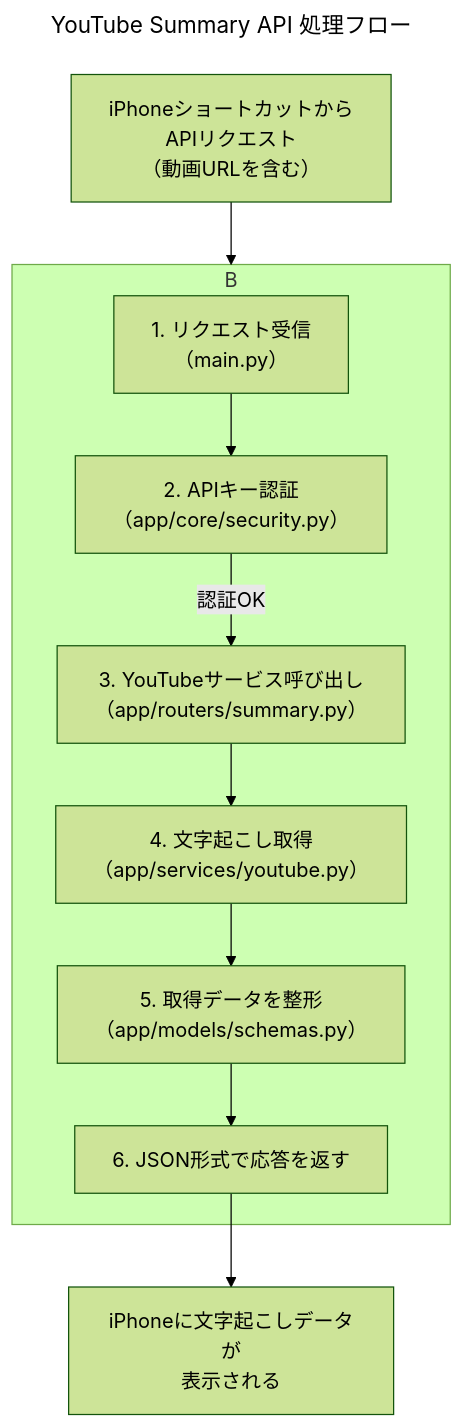
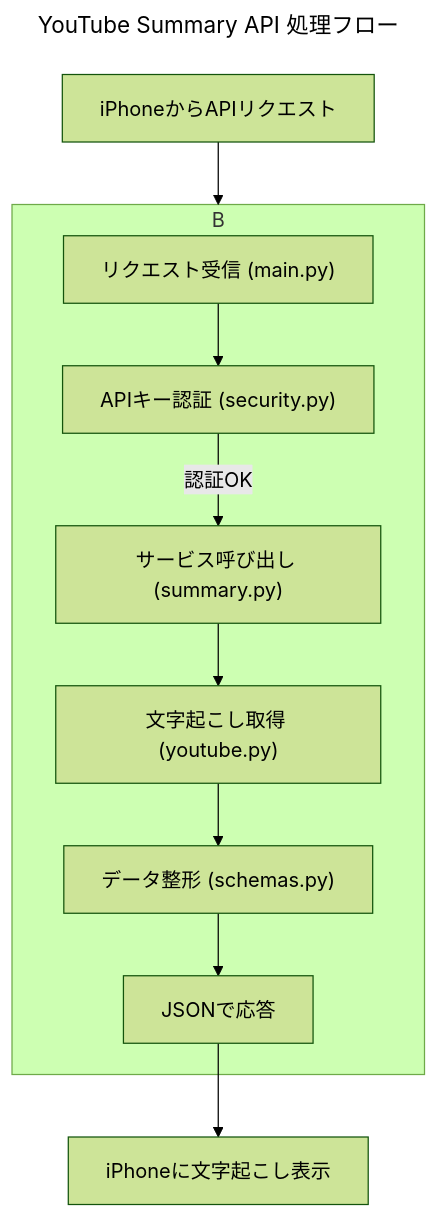
Before and after one commit to hirokun-hub/youtube_summary_api: the third of 3 diagrams in docs/【出力】開発_YouTube動画時短要約術.md, drawn with Mermaid (forest theme). The commit also changed other lines of this file, not shown here.

Commit message:
docs: YouTube動画の手動視聴フローを簡略化し、API利用時の処理フローを明確化

````diff
--- a/docs/【出力】開発_YouTube動画時短要約術.md
+++ b/docs/【出力】開発_YouTube動画時短要約術.md
@@ -84,17 +83,17 @@
 ```mermaid
 ---
 title: "YouTube Summary API 処理フロー"
 ---
 graph TD
-    A["iPhoneショートカットから<br>APIリクエスト<br>（動画URLを含む）"] --> B{"FastAPIサーバー"};
+    A["iPhoneからAPIリクエスト"] --> B{"FastAPIサーバー"};
     
     subgraph B
-        C["1. リクエスト受信</br>（main.py）"] --> D["2. APIキー認証</br>（app/core/security.py）"];
-        D -- 認証OK --> E["3. YouTubeサービス呼び出し</br>（app/routers/summary.py）"];
-        E --> F["4. 文字起こし取得</br>（app/services/youtube.py）"];
-        F --> G["5. 取得データを整形</br>（app/models/schemas.py）"];
-        G --> H["6. JSON形式で応答を返す"];
+        C["リクエスト受信 (main.py)"] --> D["APIキー認証 (security.py)"];
+        D -- 認証OK --> E["サービス呼び出し (summary.py)"];
+        E --> F["文字起こし取得 (youtube.py)"];
+        F --> G["データ整形 (schemas.py)"];
+        G --> H["JSONで応答"];
     end
 
-    H --> I["iPhoneに文字起こしデータが<br>表示される"];
+    H --> I["iPhoneに文字起こし表示"];
 ```
````
